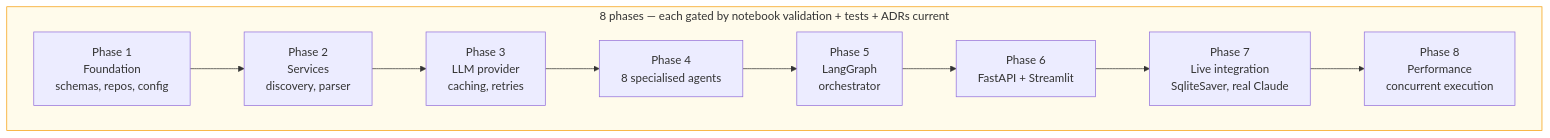
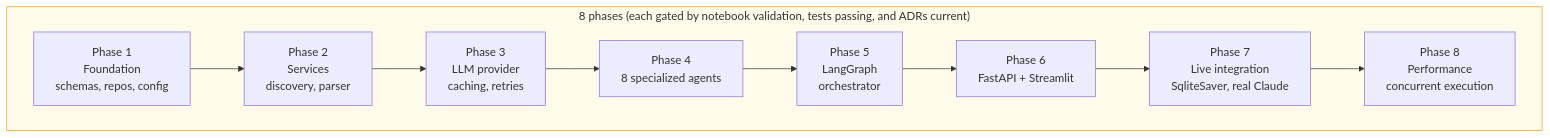
The third of 3 diagrams in docs/blog_v2_article1.md (suthrams/jobsearchagent-v2), drawn with Mermaid before and after one commit. The commit also changed other lines of this file, not shown here.

````diff
--- a/docs/blog_v2_article1.md
+++ b/docs/blog_v2_article1.md
@@ -166,18 +166,18 @@
 ```mermaid
 flowchart LR
-    subgraph BUILD ["8 phases — each gated by notebook validation + tests + ADRs current"]
+    subgraph BUILD ["8 phases (each gated by notebook validation, tests passing, and ADRs current)"]
         direction LR
         P1["Phase 1<br/>Foundation<br/>schemas, repos, config"]
         P2["Phase 2<br/>Services<br/>discovery, parser"]
         P3["Phase 3<br/>LLM provider<br/>caching, retries"]
-        P4["Phase 4<br/>8 specialised agents"]
+        P4["Phase 4<br/>8 specialized agents"]
         P5["Phase 5<br/>LangGraph<br/>orchestrator"]
         P6["Phase 6<br/>FastAPI + Streamlit"]
         P7["Phase 7<br/>Live integration<br/>SqliteSaver, real Claude"]
         P8["Phase 8<br/>Performance<br/>concurrent execution"]
 
         P1 --> P2 --> P3 --> P4 --> P5 --> P6 --> P7 --> P8
     end
 
     style BUILD fill:#fffbeb,stroke:#f59e0b
 ```
````
